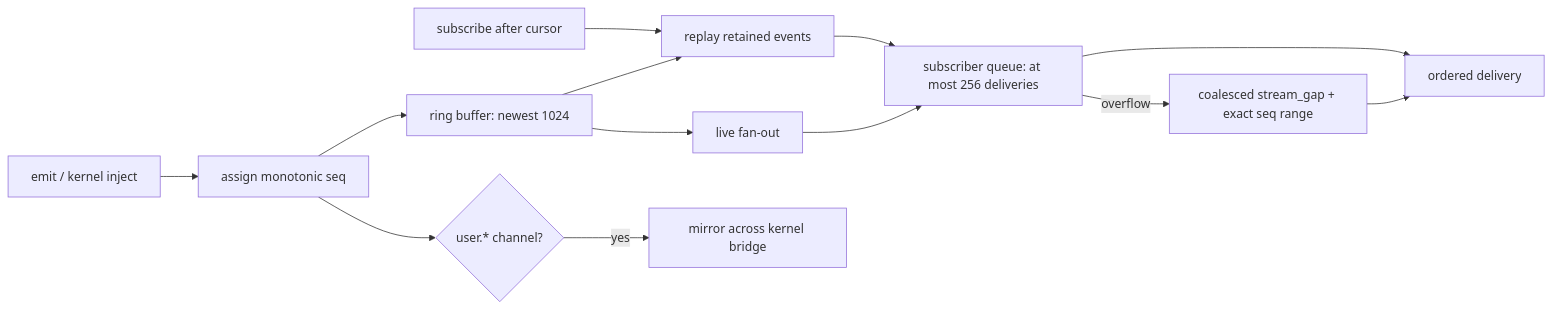
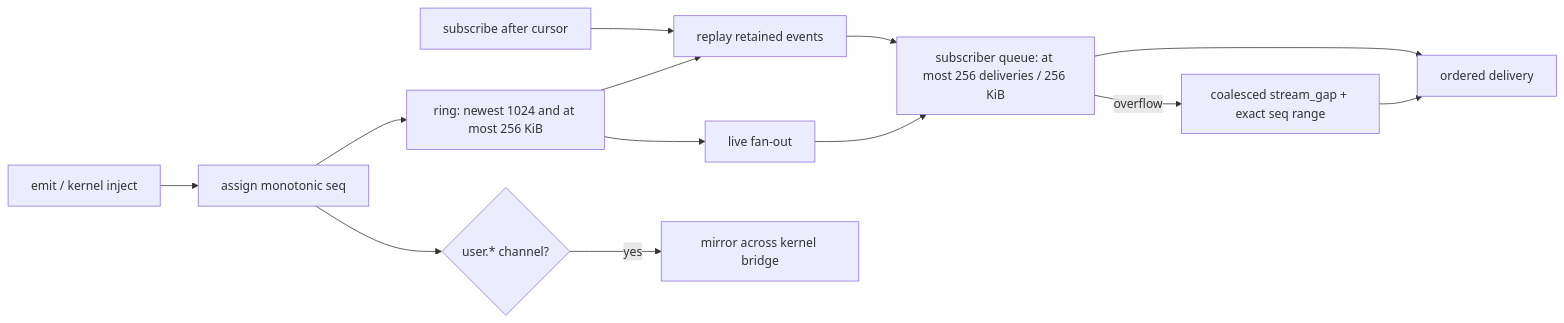
Before and after one commit to alliecatowo/shoal: the fifth of 5 diagrams in site/content/internals/streams-channels.md, drawn with Mermaid. The commit also changed other lines of this file and 5 other files, not shown here.

````diff
--- a/site/content/internals/streams-channels.md
+++ b/site/content/internals/streams-channels.md
@@ -364,17 +380,17 @@
 ```mermaid
 flowchart LR
 accTitle: EventBus buffering, replay, and delivery
 accDescr: Published events receive sequence numbers, enter a bounded replay ring, and fan out through bounded subscriber queues that report drops and support cursor-based replay.
   Emit["emit / kernel inject"] --> Seq["assign monotonic seq"]
-  Seq --> Ring["ring buffer: newest 1024"]
+  Seq --> Ring["ring: newest 1024 and at most 256 KiB"]
   Cursor["subscribe after cursor"] --> Replay["replay retained events"]
   Ring --> Replay
   Ring --> Fanout["live fan-out"]
-  Replay --> Queue["subscriber queue: at most 256 deliveries"]
+  Replay --> Queue["subscriber queue: at most 256 deliveries / 256 KiB"]
   Fanout --> Queue
   Queue --> Delivery["ordered delivery"]
   Queue -->|overflow| Drop["coalesced stream_gap + exact seq range"]
   Drop --> Delivery
   Seq --> User{"user.* channel?"}
   User -->|yes| Kernel["mirror across kernel bridge"]
 ```
````
